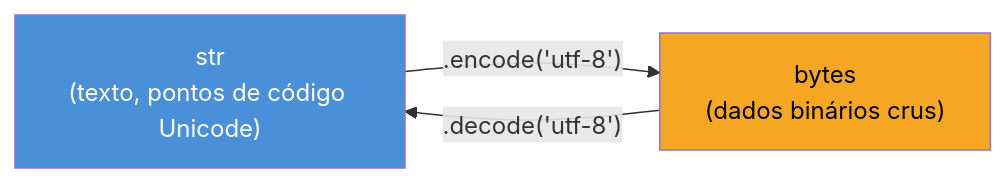
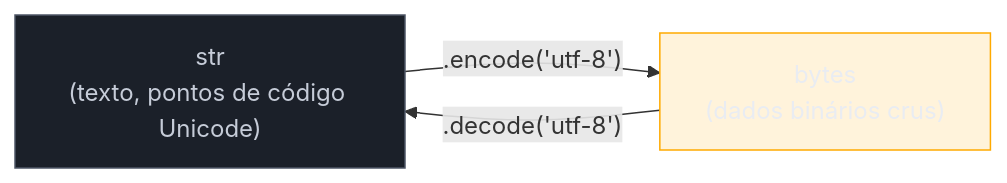
Before and after one commit to josenaldo/codex-technomanticus: the second of 2 diagrams in 03-Dominios/Tecnologia/Python/Core/07 - Strings e formatação.md, drawn with Mermaid. The commit also changed other lines of this file and 1181 other files, not shown here.

First line of the commit message:
fix(diagramas): paleta do sistema no lugar de cor cravada no markdown

````diff
--- a/03-Dominios/Tecnologia/Python/Core/07 - Strings e formatação.md
+++ b/03-Dominios/Tecnologia/Python/Core/07 - Strings e formatação.md
@@ -339,8 +342,10 @@
 ```mermaid
 flowchart LR
+    classDef neutro fill:#1B2029,stroke:#4E5666,color:#C6CCD8
+    classDef destaque fill:#FFAA0024,stroke:#FFAA00,color:#E9ECF2
     S["str<br/>(texto, pontos de código Unicode)"] -->|".encode('utf-8')"| B["bytes<br/>(dados binários crus)"]
     B -->|".decode('utf-8')"| S
 
-    style S fill:#4A90D9,color:#fff
-    style B fill:#F5A623,color:#000
+    class S neutro
+    class B destaque
 ```
````
